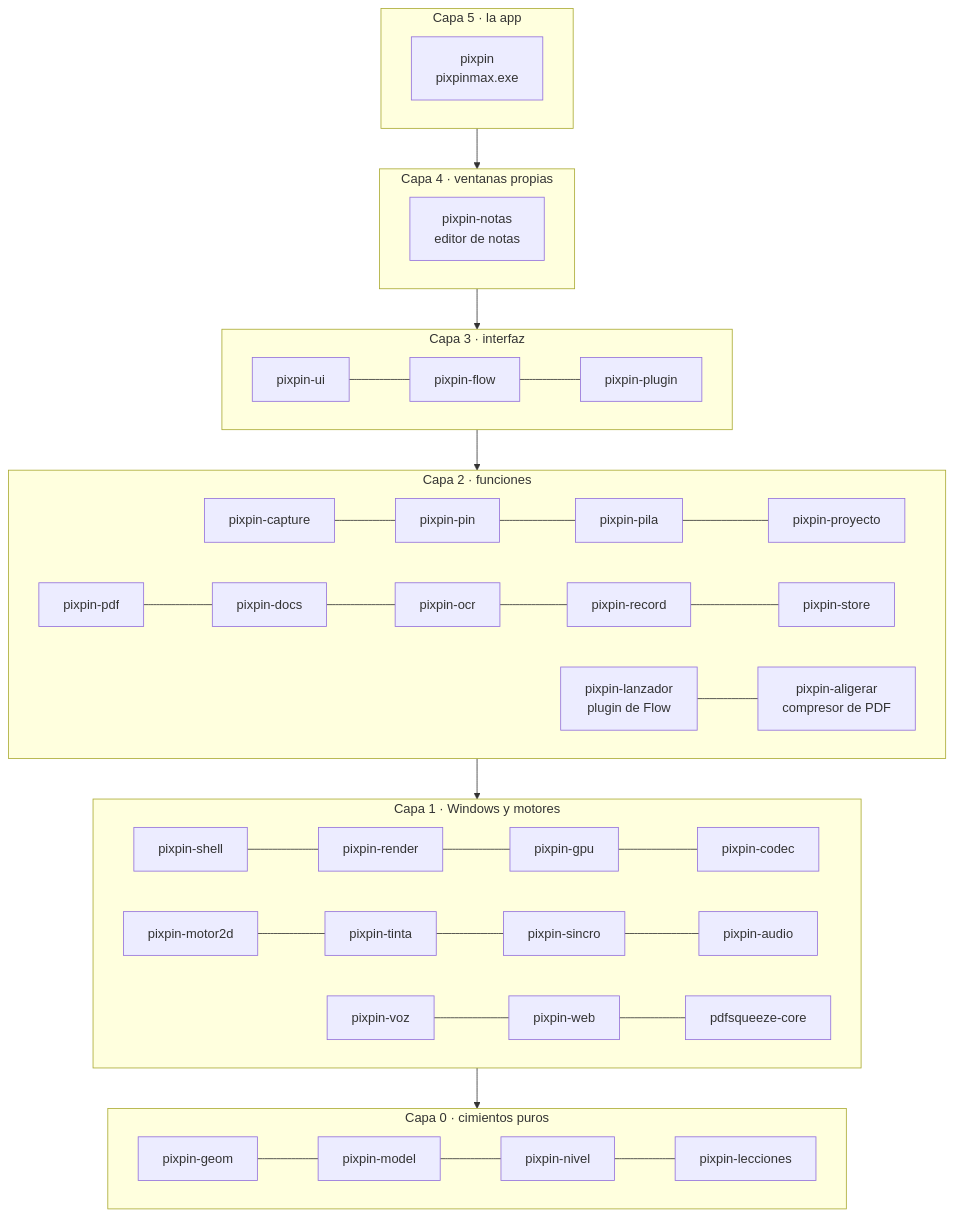
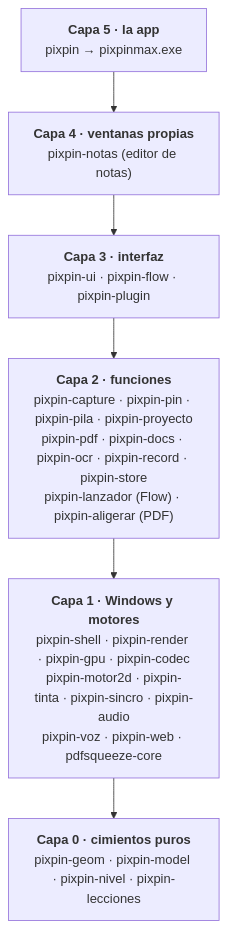
Before and after one commit to 1xmanMAX/PIXPIN_PRO_WINDOWS: the fourth of 4 diagrams in README.md, drawn with Mermaid.

Commit message:
README: diagrama de capas mas simple (una caja por capa)
Claude-Session: https://claude.ai/code/session_01AmYAe59bDpKvLLpudr6chw

````diff
--- a/README.md
+++ b/README.md
@@ -358,26 +358,10 @@
 ```mermaid
 flowchart TB
-    subgraph L5[Capa 5 · la app]
-      app[pixpin<br/>pixpinmax.exe]
-    end
-    subgraph L4[Capa 4 · ventanas propias]
-      notas[pixpin-notas<br/>editor de notas]
-    end
-    subgraph L3[Capa 3 · interfaz]
-      ui[pixpin-ui] --- flow[pixpin-flow] --- plugin[pixpin-plugin]
-    end
-    subgraph L2[Capa 2 · funciones]
-      cap[pixpin-capture] --- pin[pixpin-pin] --- pila[pixpin-pila] --- proy[pixpin-proyecto]
-      pdf[pixpin-pdf] --- docs[pixpin-docs] --- ocr[pixpin-ocr] --- rec[pixpin-record] --- store[pixpin-store]
-      lanz[pixpin-lanzador<br/>plugin de Flow] --- alig[pixpin-aligerar<br/>compresor de PDF]
-    end
-    subgraph L1[Capa 1 · Windows y motores]
-      shell[pixpin-shell] --- render[pixpin-render] --- gpu[pixpin-gpu] --- codec[pixpin-codec]
-      motor[pixpin-motor2d] --- tinta[pixpin-tinta] --- sincro[pixpin-sincro] --- audio[pixpin-audio]
-      voz[pixpin-voz] --- web[pixpin-web] --- squeeze[pdfsqueeze-core]
-    end
-    subgraph L0[Capa 0 · cimientos puros]
-      geom[pixpin-geom] --- model[pixpin-model] --- nivel[pixpin-nivel] --- lecc[pixpin-lecciones]
-    end
+    L5["<b>Capa 5 · la app</b><br/>pixpin → pixpinmax.exe"]
+    L4["<b>Capa 4 · ventanas propias</b><br/>pixpin-notas (editor de notas)"]
+    L3["<b>Capa 3 · interfaz</b><br/>pixpin-ui · pixpin-flow · pixpin-plugin"]
+    L2["<b>Capa 2 · funciones</b><br/>pixpin-capture · pixpin-pin · pixpin-pila · pixpin-proyecto<br/>pixpin-pdf · pixpin-docs · pixpin-ocr · pixpin-record · pixpin-store<br/>pixpin-lanzador (Flow) · pixpin-aligerar (PDF)"]
+    L1["<b>Capa 1 · Windows y motores</b><br/>pixpin-shell · pixpin-render · pixpin-gpu · pixpin-codec<br/>pixpin-motor2d · pixpin-tinta · pixpin-sincro · pixpin-audio<br/>pixpin-voz · pixpin-web · pdfsqueeze-core"]
+    L0["<b>Capa 0 · cimientos puros</b><br/>pixpin-geom · pixpin-model · pixpin-nivel · pixpin-lecciones"]
     L5 --> L4 --> L3 --> L2 --> L1 --> L0
 ```
````
